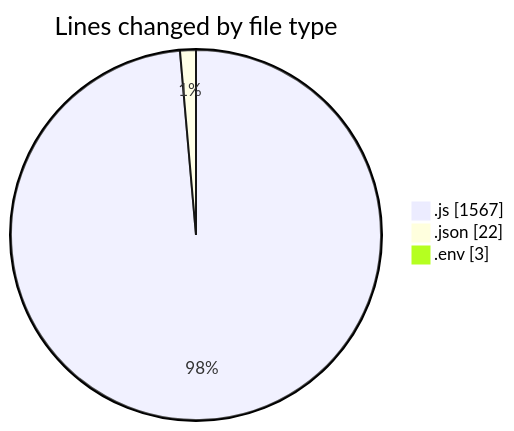
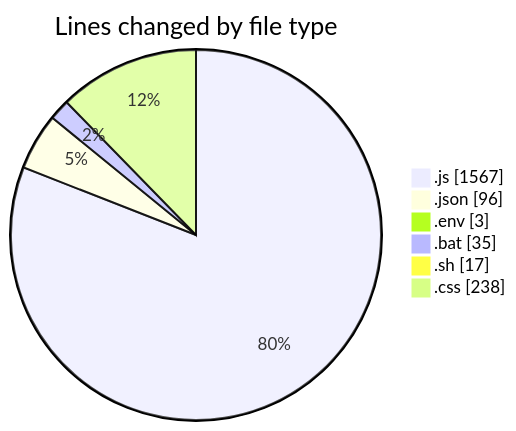
One commit to lephambinh05/code-tracking changed the first of 2 diagrams in 2025-07-19/eduwallet-main/README.md. Above: the diagram before and after it, drawn with Mermaid. The commit also changed other lines of this file and 1 other file, not shown here.

````diff
--- a/2025-07-19/eduwallet-main/README.md
+++ b/2025-07-19/eduwallet-main/README.md
@@ -32,7 +36,10 @@
 ```mermaid
 pie showData
 title Lines changed by file type
 ".js" : 1567
-".json" : 22
+".json" : 96
 ".env" : 3
+".bat" : 35
+".sh" : 17
+".css" : 238
 ```
````
